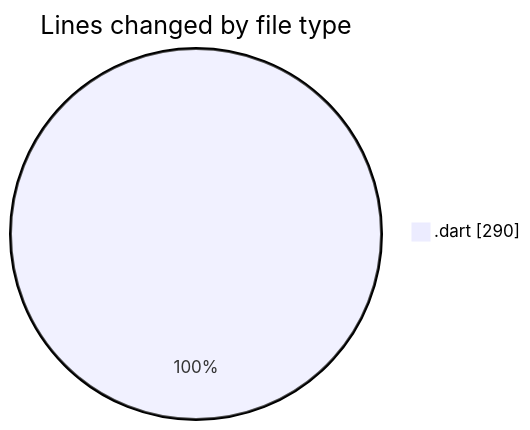
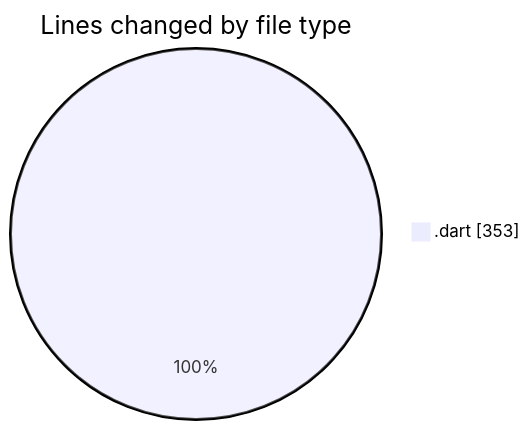
The first of 2 diagrams in 2025-02-27/uber_clone/README.md (donsfak/code-tracking), drawn with Mermaid before and after one commit. The commit also changed other lines of this file and 1 other file, not shown here.

````diff
--- a/2025-02-27/uber_clone/README.md
+++ b/2025-02-27/uber_clone/README.md
@@ -20,5 +20,5 @@
 ```mermaid
 pie showData
 title Lines changed by file type
-".dart" : 290
+".dart" : 353
 ```
````
